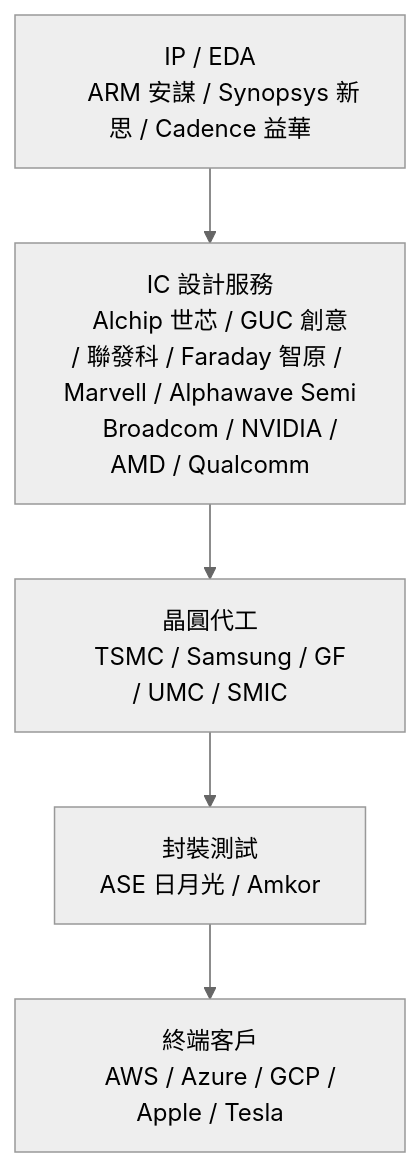
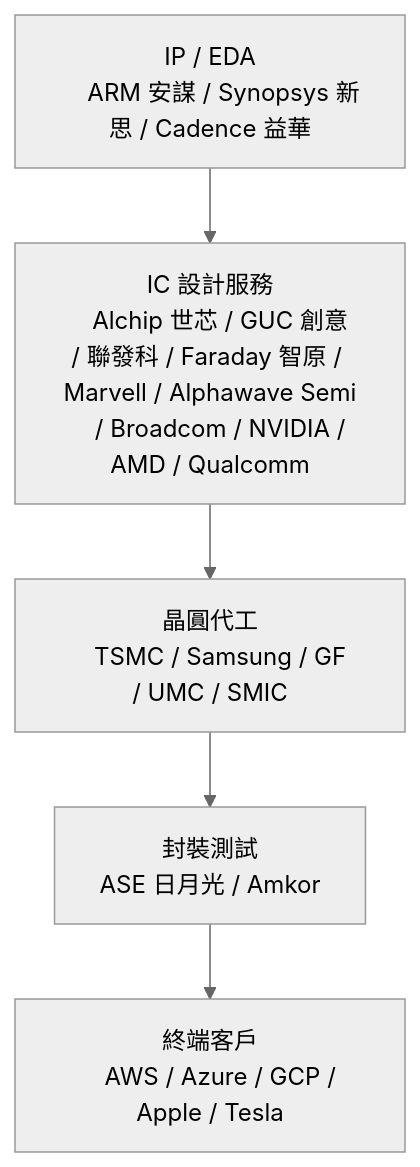
One commit to CiCicode/asic-compare changed the diagram in README.md. Above: the diagram before and after it, drawn with Mermaid (neutral theme).

````diff
--- a/README.md
+++ b/README.md
@@ -13,16 +13,16 @@
 ```mermaid
 flowchart TD
     A["IP / EDA
     ARM 安謀 / Synopsys 新思 / Cadence 益華"]
     B["IC 設計服務
     Alchip 世芯 / GUC 創意 / 聯發科 / Faraday 智原 / Marvell / Alphawave Semi
-    Broadcom / NVIDIA / AMD / Qualcomm"]
+    / Broadcom / NVIDIA / AMD / Qualcomm"]
     C["晶圓代工
     TSMC / Samsung / GF / UMC / SMIC"]
     D["封裝測試
     ASE 日月光 / Amkor"]
     E["終端客戶
     AWS / Azure / GCP / Apple / Tesla"]
 
     A --> B --> C --> D --> E
 ```
````
